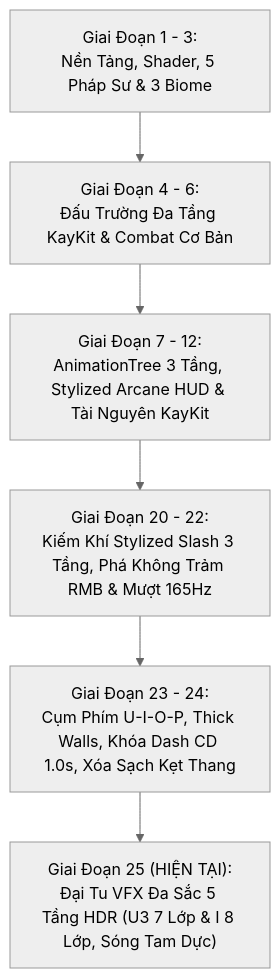
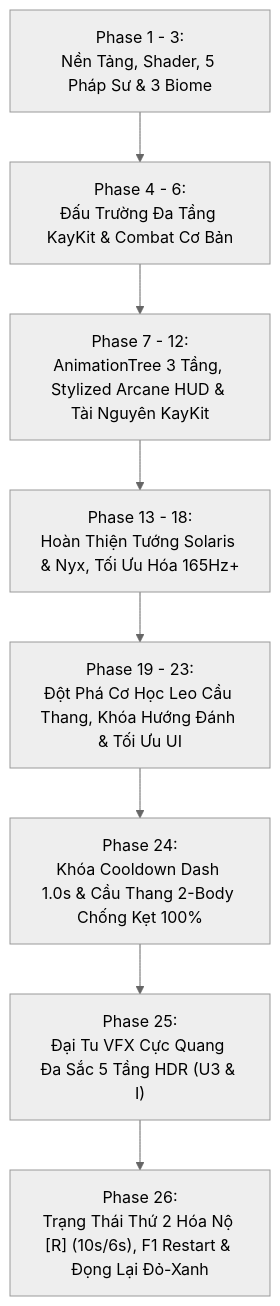
Before and after one commit to NhutPham19/GameWizad: the diagram in docs/BAO_CAO_TIEN_DO_DU_AN_GAMEWIZAD.md, drawn with Mermaid (neutral theme). The commit also changed other lines of this file and 12 other files, not shown here.

Commit message:
feat(phase26): implement rage state 2 [R], lingering red-blue vfx overhaul, and move restart to [F1]

````diff
--- a/docs/BAO_CAO_TIEN_DO_DU_AN_GAMEWIZAD.md
+++ b/docs/BAO_CAO_TIEN_DO_DU_AN_GAMEWIZAD.md
@@ -47,8 +46,10 @@
 ```mermaid
 flowchart TD
-    A["Giai Đoạn 1 - 3:<br/>Nền Tảng, Shader, 5 Pháp Sư & 3 Biome"] --> B["Giai Đoạn 4 - 6:<br/>Đấu Trường Đa Tầng KayKit & Combat Cơ Bản"]
-    B --> C["Giai Đoạn 7 - 12:<br/>AnimationTree 3 Tầng, Stylized Arcane HUD & Tài Nguyên KayKit"]
-    C --> D["Giai Đoạn 20 - 22:<br/>Kiếm Khí Stylized Slash 3 Tầng, Phá Không Trảm RMB & Mượt 165Hz"]
-    D --> E["Giai Đoạn 23 - 24:<br/>Cụm Phím U-I-O-P, Thick Walls, Khóa Dash CD 1.0s, Xóa Sạch Kẹt Thang"]
-    E --> F["Giai Đoạn 25 (HIỆN TẠI):<br/>Đại Tu VFX Đa Sắc 5 Tầng HDR (U3 7 Lớp & I 8 Lớp, Sóng Tam Dực)"]
+    A["Phase 1 - 3:<br/>Nền Tảng, Shader, 5 Pháp Sư & 3 Biome"] --> B["Phase 4 - 6:<br/>Đấu Trường Đa Tầng KayKit & Combat Cơ Bản"]
+    B --> C["Phase 7 - 12:<br/>AnimationTree 3 Tầng, Stylized Arcane HUD & Tài Nguyên KayKit"]
+    C --> D["Phase 13 - 18:<br/>Hoàn Thiện Tướng Solaris & Nyx, Tối Ưu Hóa 165Hz+"]
+    D --> E["Phase 19 - 23:<br/>Đột Phá Cơ Học Leo Cầu Thang, Khóa Hướng Đánh & Tối Ưu UI"]
+    E --> F["Phase 24:<br/>Khóa Cooldown Dash 1.0s & Cầu Thang 2-Body Chống Kẹt 100%"]
+    F --> G["Phase 25:<br/>Đại Tu VFX Cực Quang Đa Sắc 5 Tầng HDR (U3 & I)"]
+    G --> H["Phase 26:<br/>Trạng Thái Thứ 2 Hóa Nộ [R] (10s/6s), F1 Restart & Đọng Lại Đỏ-Xanh"]
 ```
````
